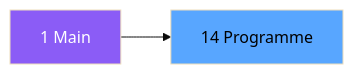
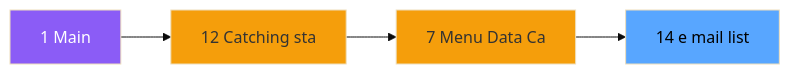
Before and after one commit to thonyAGP/magic-migration: the second of 3 diagrams in .openspec/specs/ADH-IDE-14.md, drawn with Mermaid (base theme). The commit also changed other lines of this file and 323 other files, not shown here.

````diff
--- a/.openspec/specs/ADH-IDE-14.md
+++ b/.openspec/specs/ADH-IDE-14.md
@@ -98,8 +105,14 @@
 ```mermaid
 graph LR
     M[1 Main]
-    T[14 Programme]
-    M --> T
+    N12[12 Catching sta]
+    N7[7 Menu Data Ca]
+    T[14 e mail list]
+    M --> N12
+    N12 --> N7
+    N7 --> T
     style M fill:#8b5cf6,color:#fff
+    style N12 fill:#f59e0b
+    style N7 fill:#f59e0b
     style T fill:#58a6ff,color:#000
 ```
````
